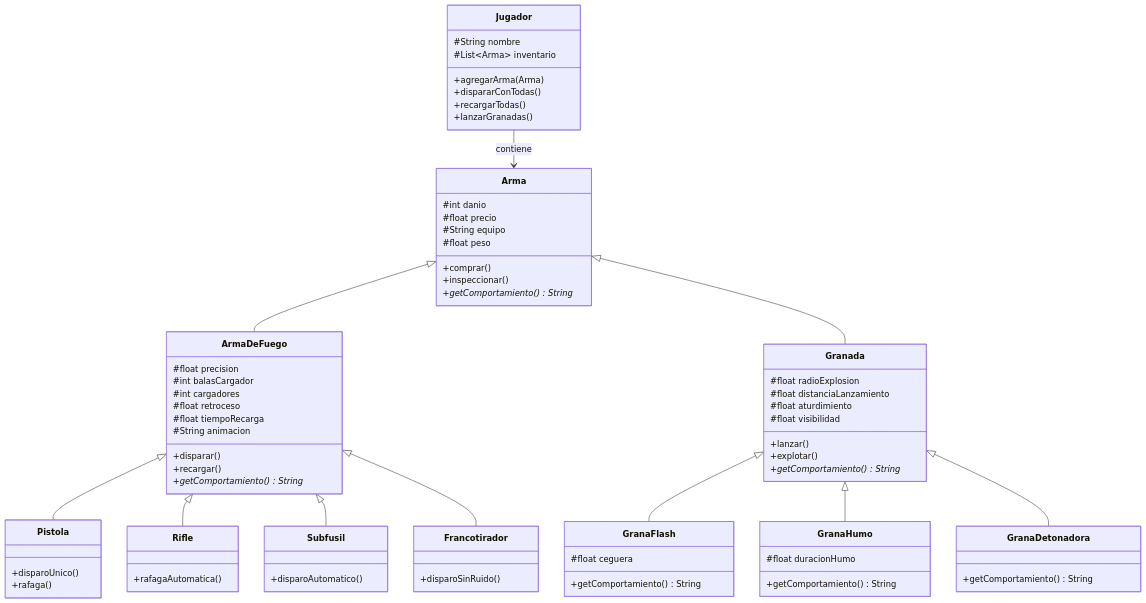
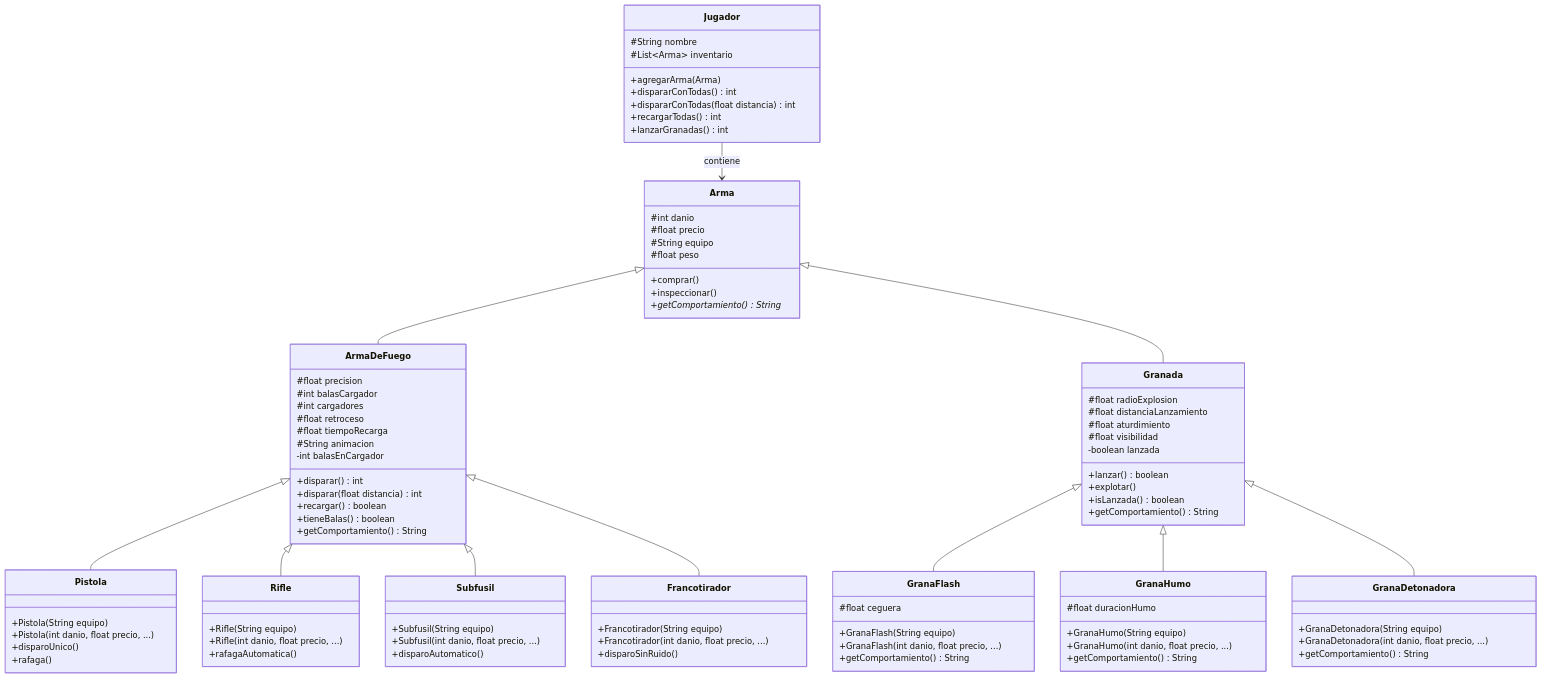
One commit to LTP22/ltauber-tp-lp3-2026 changed the diagram in README.md. Above: the diagram before and after it, drawn with Mermaid. The commit also changed other lines of this file, not shown here.

First line of the commit message:
docs: README con diagrama Mermaid, sobrecarga y sobreescritura

```diff
--- a/README.md
+++ b/README.md
@@ -16,11 +27,12 @@
         #String nombre
         #List~Arma~ inventario
         +agregarArma(Arma)
-        +dispararConTodas()
-        +recargarTodas()
-        +lanzarGranadas()
+        +dispararConTodas() int
+        +dispararConTodas(float distancia) int
+        +recargarTodas() int
+        +lanzarGranadas() int
     }
-    
+
     class Arma {
         #int danio
         #float precio
@@ -30,7 +42,7 @@
         +inspeccionar()
         +getComportamiento()* String
     }
-    
+
     class ArmaDeFuego {
         #float precision
         #int balasCargador
@@ -38,52 +50,71 @@
         #float retroceso
         #float tiempoRecarga
         #String animacion
-        +disparar()
-        +recargar()
-        +getComportamiento()* String
+        -int balasEnCargador
+        +disparar() int
+        +disparar(float distancia) int
+        +recargar() boolean
+        +tieneBalas() boolean
+        +getComportamiento() String
     }
-    
+
     class Pistola {
+        +Pistola(String equipo)
+        +Pistola(int danio, float precio, ...)
         +disparoUnico()
         +rafaga()
     }
-    
+
     class Rifle {
+        +Rifle(String equipo)
+        +Rifle(int danio, float precio, ...)
         +rafagaAutomatica()
     }
-    
+
     class Subfusil {
+        +Subfusil(String equipo)
+        +Subfusil(int danio, float precio, ...)
         +disparoAutomatico()
     }
-    
+
     class Francotirador {
+        +Francotirador(String equipo)
+        +Francotirador(int danio, float precio, ...)
         +disparoSinRuido()
     }
-    
+
     class Granada {
         #float radioExplosion
         #float distanciaLanzamiento
         #float aturdimiento
         #float visibilidad
-        +lanzar()
+        -boolean lanzada
+        +lanzar() boolean
         +explotar()
-        +getComportamiento()* String
+        +isLanzada() boolean
+        +getComportamiento() String
     }
-    
+
     class GranaFlash {
         #float ceguera
+        +GranaFlash(String equipo)
+        +GranaFlash(int danio, float precio, ...)
         +getComportamiento() String
     }
-    
+
     class GranaHumo {
         #float duracionHumo
+        +GranaHumo(String equipo)
+        +GranaHumo(int danio, float precio, ...)
         +getComportamiento() String
     }
-    
+
     class GranaDetonadora {
+        +GranaDetonadora(String equipo)
+        +GranaDetonadora(int danio, float precio, ...)
         +getComportamiento() String
     }
-    
+
     Jugador --> Arma : contiene
     Arma <|-- ArmaDeFuego
     Arma <|-- Granada
```
